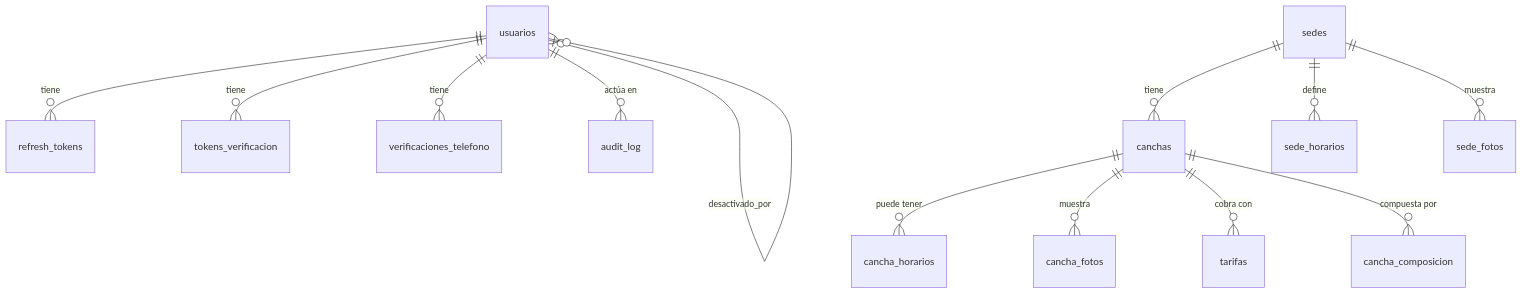
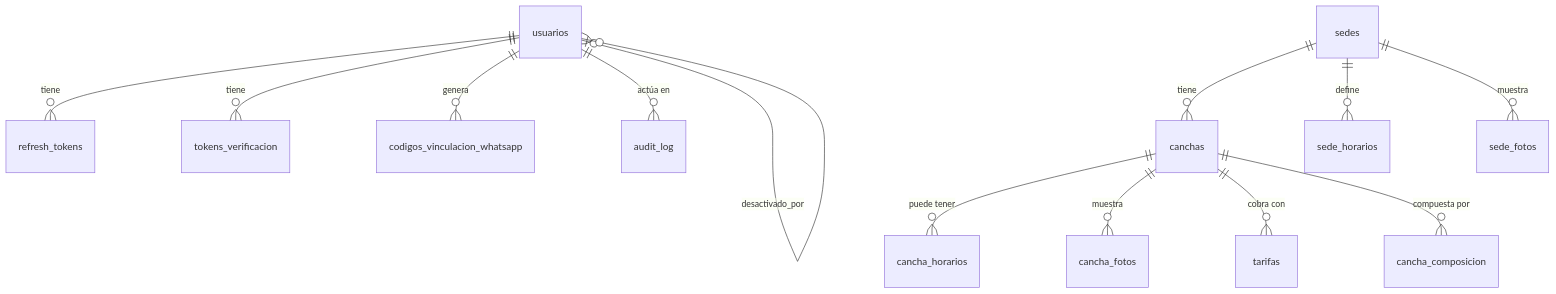
Before and after one commit to AlanFati12/goltime: the diagram in docs/modelo-datos.md, drawn with Mermaid. The commit also changed other lines of this file and 3 other files, not shown here.

````diff
--- a/docs/modelo-datos.md
+++ b/docs/modelo-datos.md
@@ -131,15 +138,15 @@
 ```mermaid
 erDiagram
   usuarios ||--o{ refresh_tokens : "tiene"
   usuarios ||--o{ tokens_verificacion : "tiene"
-  usuarios ||--o{ verificaciones_telefono : "tiene"
+  usuarios ||--o{ codigos_vinculacion_whatsapp : "genera"
   usuarios ||--o{ audit_log : "actúa en"
   usuarios |o--o{ usuarios : "desactivado_por"
   sedes ||--o{ canchas : "tiene"
   sedes ||--o{ sede_horarios : "define"
   sedes ||--o{ sede_fotos : "muestra"
   canchas ||--o{ cancha_horarios : "puede tener"
   canchas ||--o{ cancha_fotos : "muestra"
   canchas ||--o{ tarifas : "cobra con"
   canchas ||--o{ cancha_composicion : "compuesta por"
 ```
````
